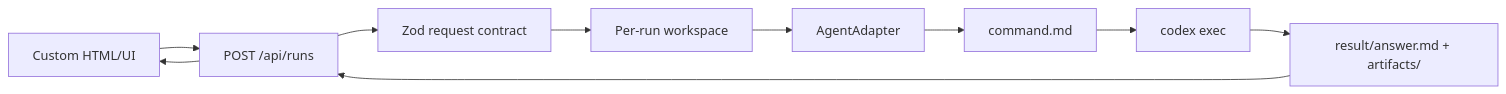
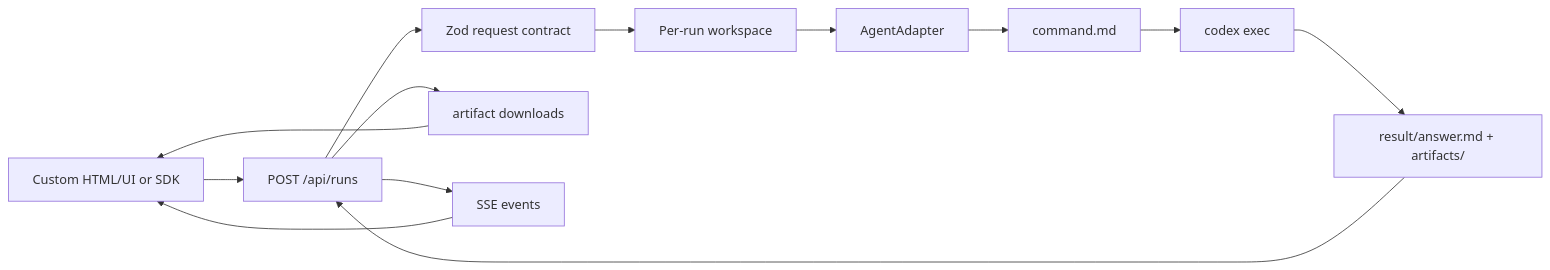
Before and after one commit to morgen52/agent2api: the diagram in docs/architecture.md, drawn with Mermaid. The commit also changed other lines of this file and 20 other files, not shown here.

Commit message:
Add SDK events and open-source readiness polish

````diff
--- a/docs/architecture.md
+++ b/docs/architecture.md
@@ -5,12 +5,15 @@
 ```mermaid
 flowchart LR
-  UI["Custom HTML/UI"] --> API["POST /api/runs"]
+  UI["Custom HTML/UI or SDK"] --> API["POST /api/runs"]
   API --> Contract["Zod request contract"]
   Contract --> Workspace["Per-run workspace"]
   Workspace --> Adapter["AgentAdapter"]
   Adapter --> Command["command.md"]
   Command --> Codex["codex exec"]
   Codex --> Result["result/answer.md + artifacts/"]
   Result --> API
-  API --> UI
+  API --> Download["artifact downloads"]
+  API --> Events["SSE events"]
+  Download --> UI
+  Events --> UI
 ```
````
